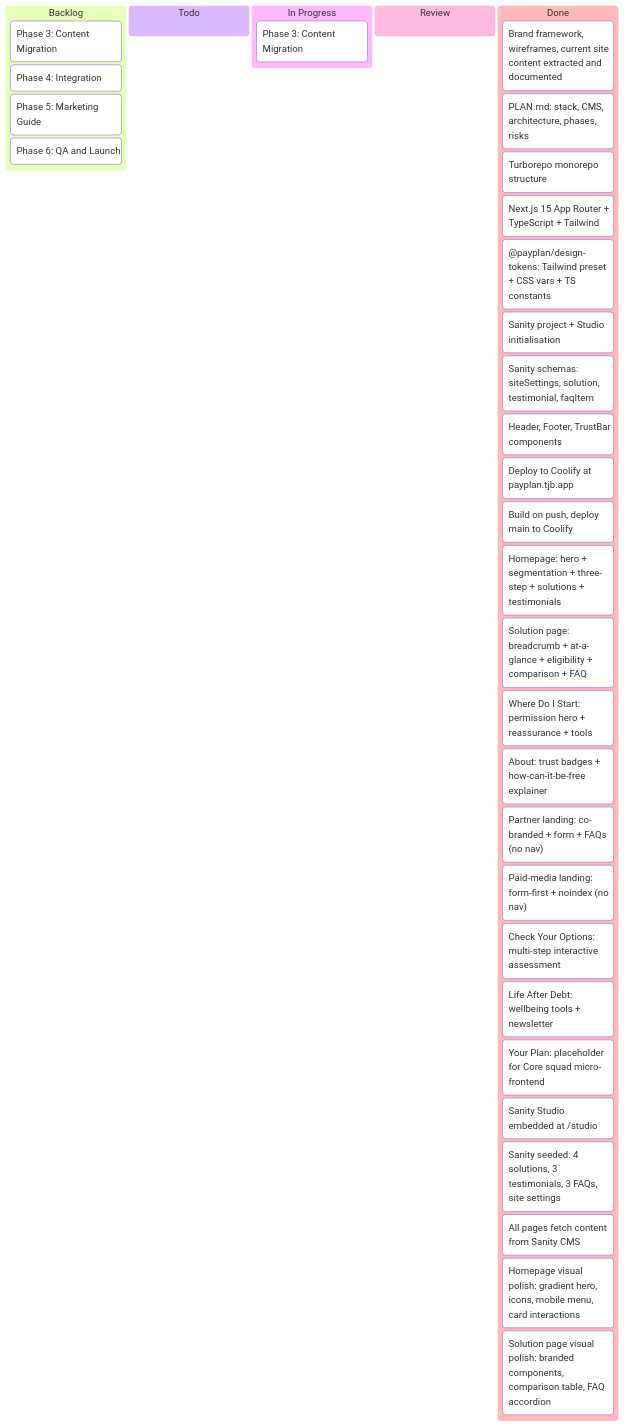
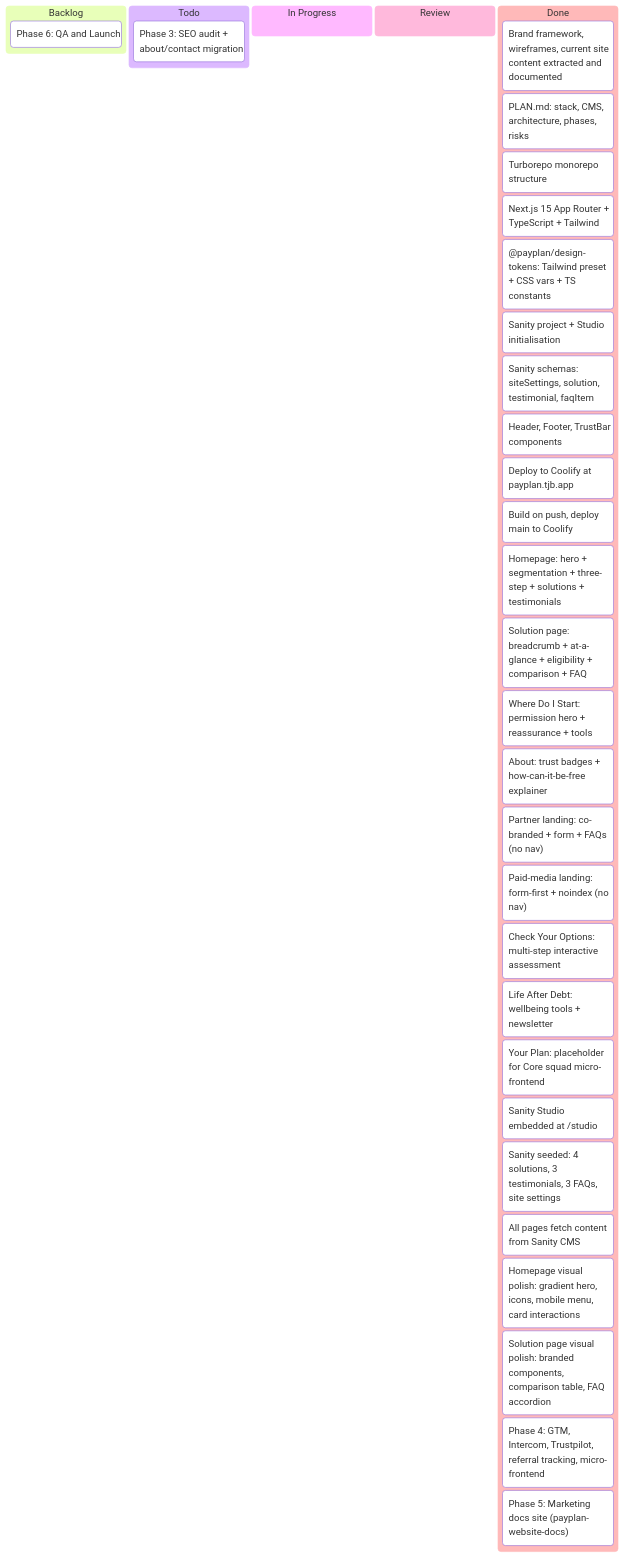
Before and after one commit to timothybroome/payplan-website: the diagram in KANBAN.md, drawn with Mermaid. The commit also changed other lines of this file, not shown here.

Commit message:
Update kanban: Phase 4 and Phase 5 complete

````diff
--- a/KANBAN.md
+++ b/KANBAN.md
@@ -3,40 +3,39 @@
 ```mermaid
 ---
 title: payplan-website
 ---
 kanban
   Backlog
-    Phase 3 Content["Phase 3: Content Migration"]
-    Phase 4 Integration["Phase 4: Integration"]
-    Phase 5 Guide["Phase 5: Marketing Guide"]
     Phase 6 Launch["Phase 6: QA and Launch"]
   Todo
+    Phase 3 Remaining["Phase 3: SEO audit + about/contact migration"]
   In Progress
-    Phase 3 Content["Phase 3: Content Migration"]
   Review
   Done
     Source materials["Brand framework, wireframes, current site content extracted and documented"]
     Technical plan["PLAN.md: stack, CMS, architecture, phases, risks"]
     Monorepo setup["Turborepo monorepo structure"]
     Next.js scaffold["Next.js 15 App Router + TypeScript + Tailwind"]
     Design tokens package["@payplan/design-tokens: Tailwind preset + CSS vars + TS constants"]
     Sanity project setup["Sanity project + Studio initialisation"]
     Core schemas["Sanity schemas: siteSettings, solution, testimonial, faqItem"]
     Layout components["Header, Footer, TrustBar components"]
     Coolify deploy["Deploy to Coolify at payplan.tjb.app"]
     CI pipeline["Build on push, deploy main to Coolify"]
     Homepage["Homepage: hero + segmentation + three-step + solutions + testimonials"]
     Solution page["Solution page: breadcrumb + at-a-glance + eligibility + comparison + FAQ"]
     Where Do I Start["Where Do I Start: permission hero + reassurance + tools"]
     About page["About: trust badges + how-can-it-be-free explainer"]
     Partner landing["Partner landing: co-branded + form + FAQs (no nav)"]
     Paid-media landing["Paid-media landing: form-first + noindex (no nav)"]
     Self-serve assessment["Check Your Options: multi-step interactive assessment"]
     Life After Debt["Life After Debt: wellbeing tools + newsletter"]
     Your Plan placeholder["Your Plan: placeholder for Core squad micro-frontend"]
     Sanity Studio route["Sanity Studio embedded at /studio"]
     Content seed["Sanity seeded: 4 solutions, 3 testimonials, 3 FAQs, site settings"]
     CMS wiring["All pages fetch content from Sanity CMS"]
     Visual polish hp["Homepage visual polish: gradient hero, icons, mobile menu, card interactions"]
     Visual polish sol["Solution page visual polish: branded components, comparison table, FAQ accordion"]
+    Phase 4 Integration["Phase 4: GTM, Intercom, Trustpilot, referral tracking, micro-frontend"]
+    Phase 5 Guide["Phase 5: Marketing docs site (payplan-website-docs)"]
 ```
````
